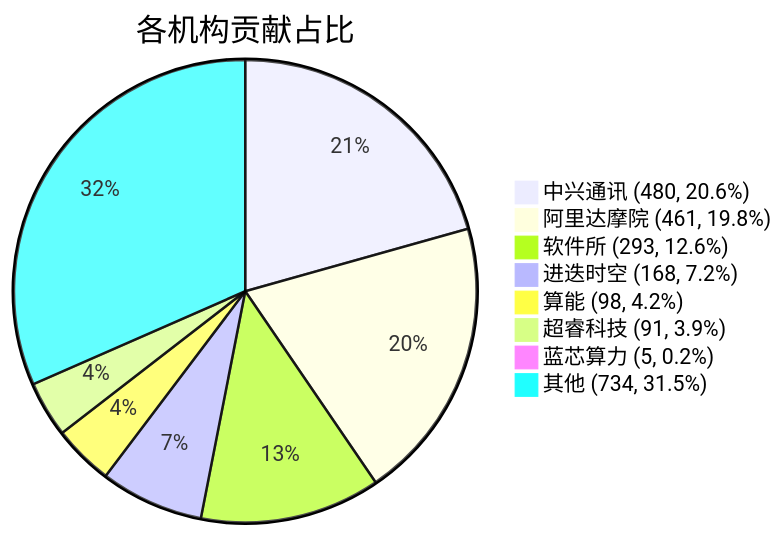
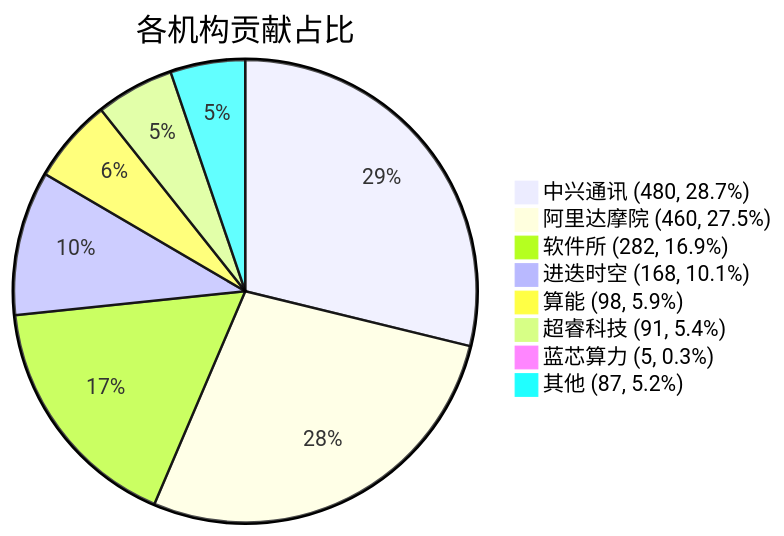
One commit to RVCK-Project/rvck changed the diagram in docs/index.md. Above: the diagram before and after it, drawn with Mermaid. The commit also changed other lines of this file and 24 other files, not shown here.

````diff
--- a/docs/index.md
+++ b/docs/index.md
@@ -40,11 +40,11 @@
 ```mermaid
 pie title 各机构贡献占比
-    "中兴通讯 (480, 20.6%)" : 480
-    "阿里达摩院 (461, 19.8%)" : 461
-    "软件所 (293, 12.6%)" : 293
-    "进迭时空 (168, 7.2%)" : 168
-    "算能 (98, 4.2%)" : 98
-    "超睿科技 (91, 3.9%)" : 91
-    "蓝芯算力 (5, 0.2%)" : 5
-    "其他 (734, 31.5%)" : 734
+    "中兴通讯 (480, 28.7%)" : 480
+    "阿里达摩院 (460, 27.5%)" : 460
+    "软件所 (282, 16.9%)" : 282
+    "进迭时空 (168, 10.1%)" : 168
+    "算能 (98, 5.9%)" : 98
+    "超睿科技 (91, 5.4%)" : 91
+    "蓝芯算力 (5, 0.3%)" : 5
+    "其他 (87, 5.2%)" : 87
 ```
````
